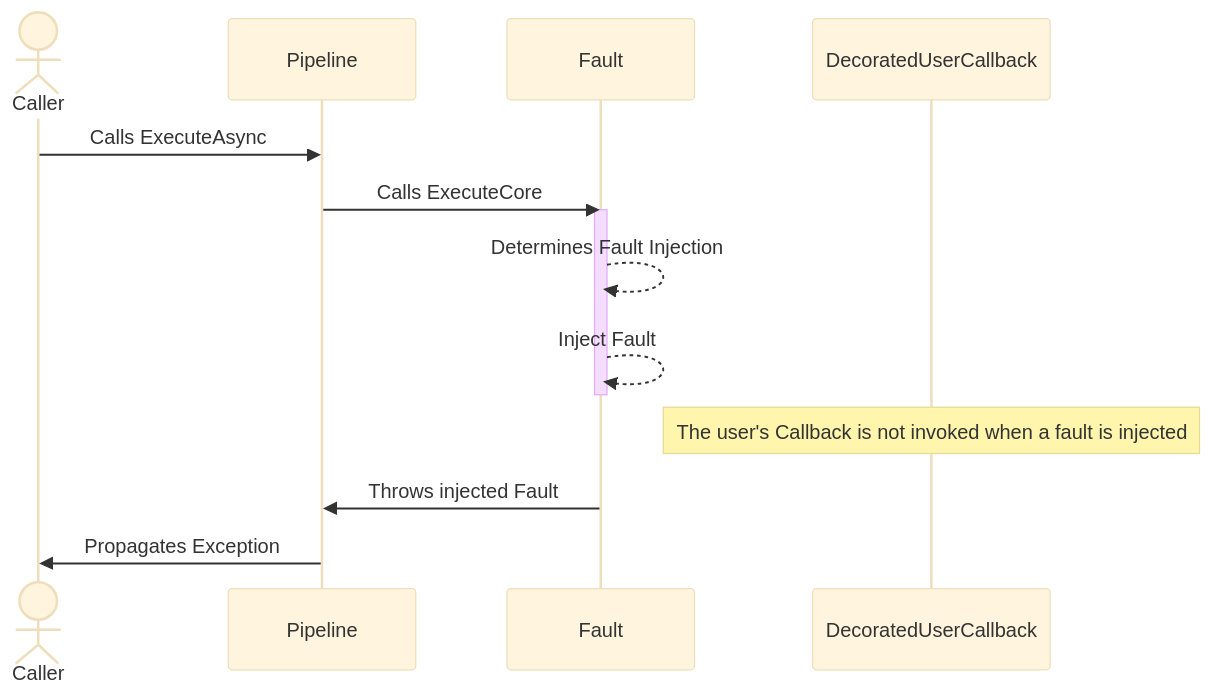
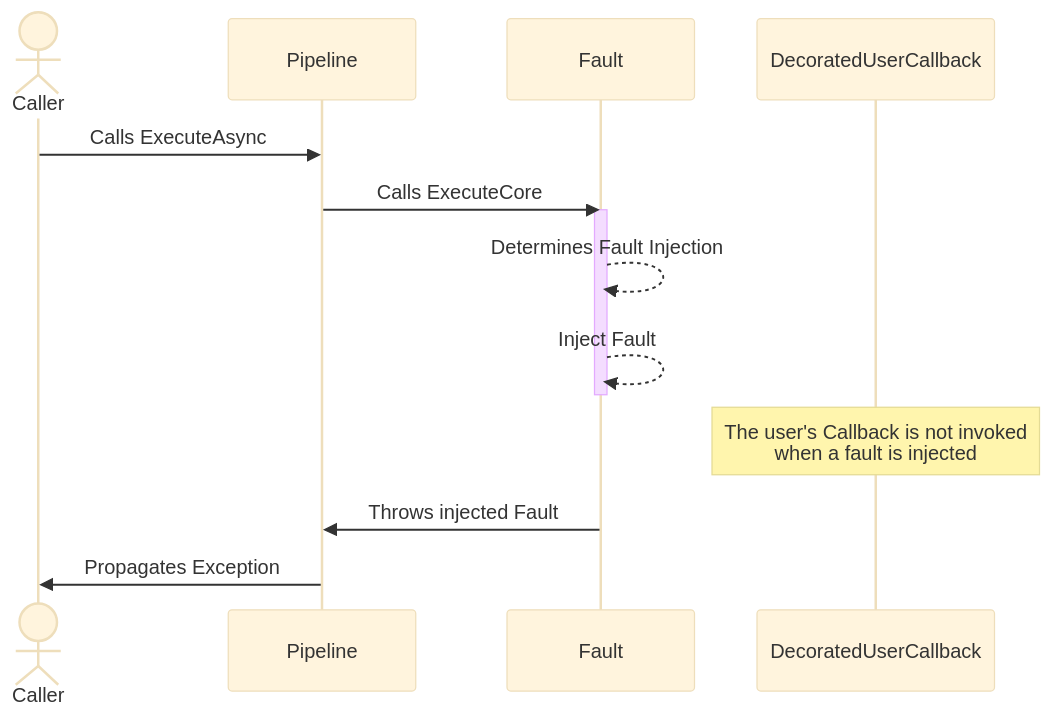
The second of 2 diagrams in docs/chaos/fault.md (App-vNext/Polly), drawn with Mermaid (base theme) before and after one commit. The commit also changed 4 other files, not shown here.

````diff
--- a/docs/chaos/fault.md
+++ b/docs/chaos/fault.md
@@ -124,17 +124,17 @@
 ```mermaid
 sequenceDiagram
     actor C as Caller
     participant P as Pipeline
     participant F as Fault
     participant D as DecoratedUserCallback
 
     C->>P: Calls ExecuteAsync
     P->>F: Calls ExecuteCore
     activate F
     F-->>F: Determines Fault Injection
     F-->>F: Inject Fault
     deactivate F
-    Note over D: The user's Callback is not invoked when a fault is injected
+    Note over D: The user's Callback is not invoked<br/>when a fault is injected
     F->>P: Throws injected Fault
     P->>C: Propagates Exception
 ```
````
